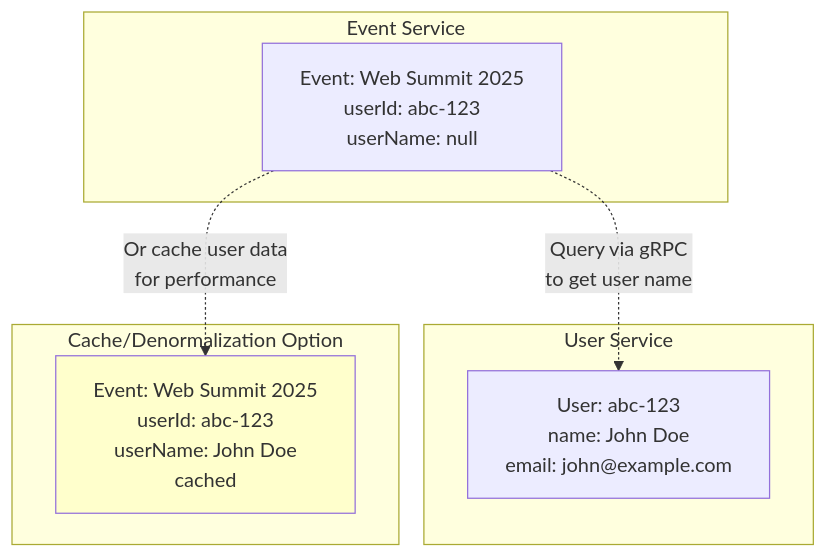
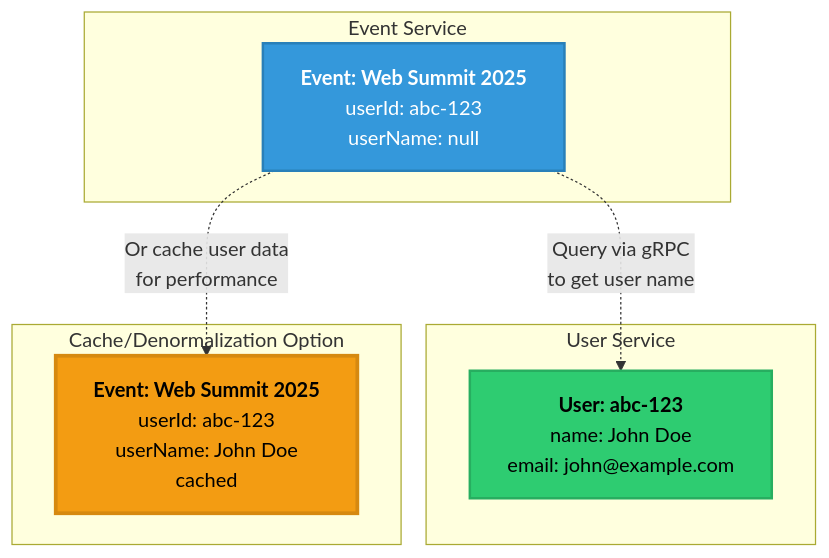
The ninth of 10 diagrams in diagrams/database-schemas.md (martimmpr/epicjunior-backend-db-course), drawn with Mermaid before and after one commit. The commit also changed other lines of this file and 3 other files, not shown here.

Commit message:
docs: Improved Diagrams Readability.

````diff
--- a/diagrams/database-schemas.md
+++ b/diagrams/database-schemas.md
@@ -538,19 +542,21 @@
 ```mermaid
 graph TB
     subgraph "Event Service"
-        E1[Event: Web Summit 2025<br/>userId: abc-123<br/>userName: null]
+        E1["<b>Event: Web Summit 2025</b><br/>userId: abc-123<br/>userName: null"]
     end
     
     subgraph "User Service"
-        U1[User: abc-123<br/>name: John Doe<br/>email: john@example.com]
+        U1["<b>User: abc-123</b><br/>name: John Doe<br/>email: john@example.com"]
     end
     
     subgraph "Cache/Denormalization Option"
-        E2[Event: Web Summit 2025<br/>userId: abc-123<br/>userName: John Doe<br/>cached]
+        E2["<b>Event: Web Summit 2025</b><br/>userId: abc-123<br/>userName: John Doe<br/>cached"]
     end
     
     E1 -.->|Query via gRPC<br/>to get user name| U1
     E1 -.->|Or cache user data<br/>for performance| E2
     
-    style E2 fill:#FFFFCC
+    style E2 fill:#f39c12,stroke:#d68910,stroke-width:3px,color:#000
+    style E1 fill:#3498db,stroke:#2980b9,stroke-width:2px,color:#fff
+    style U1 fill:#2ecc71,stroke:#27ae60,stroke-width:2px,color:#000
 ```
````
